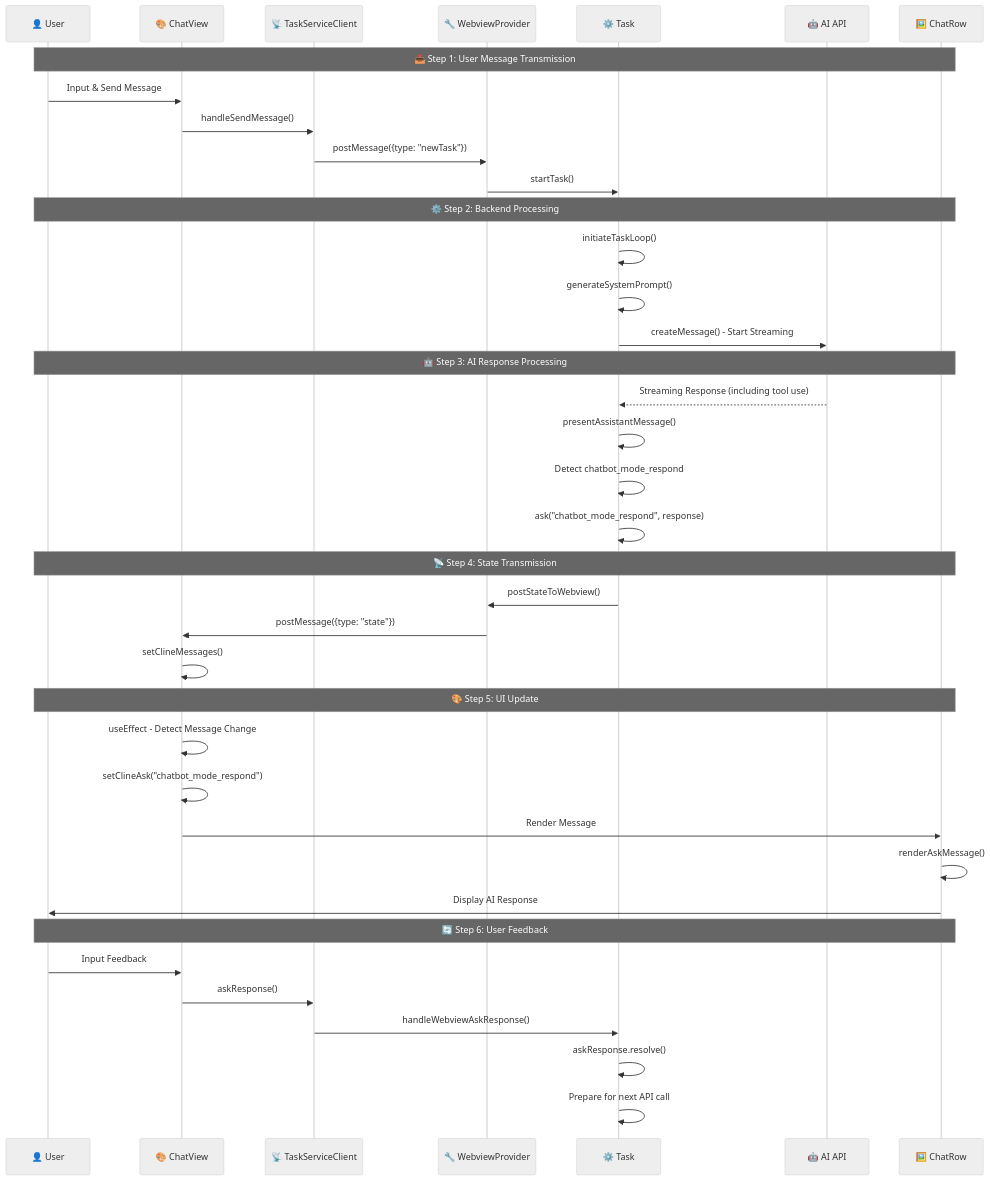
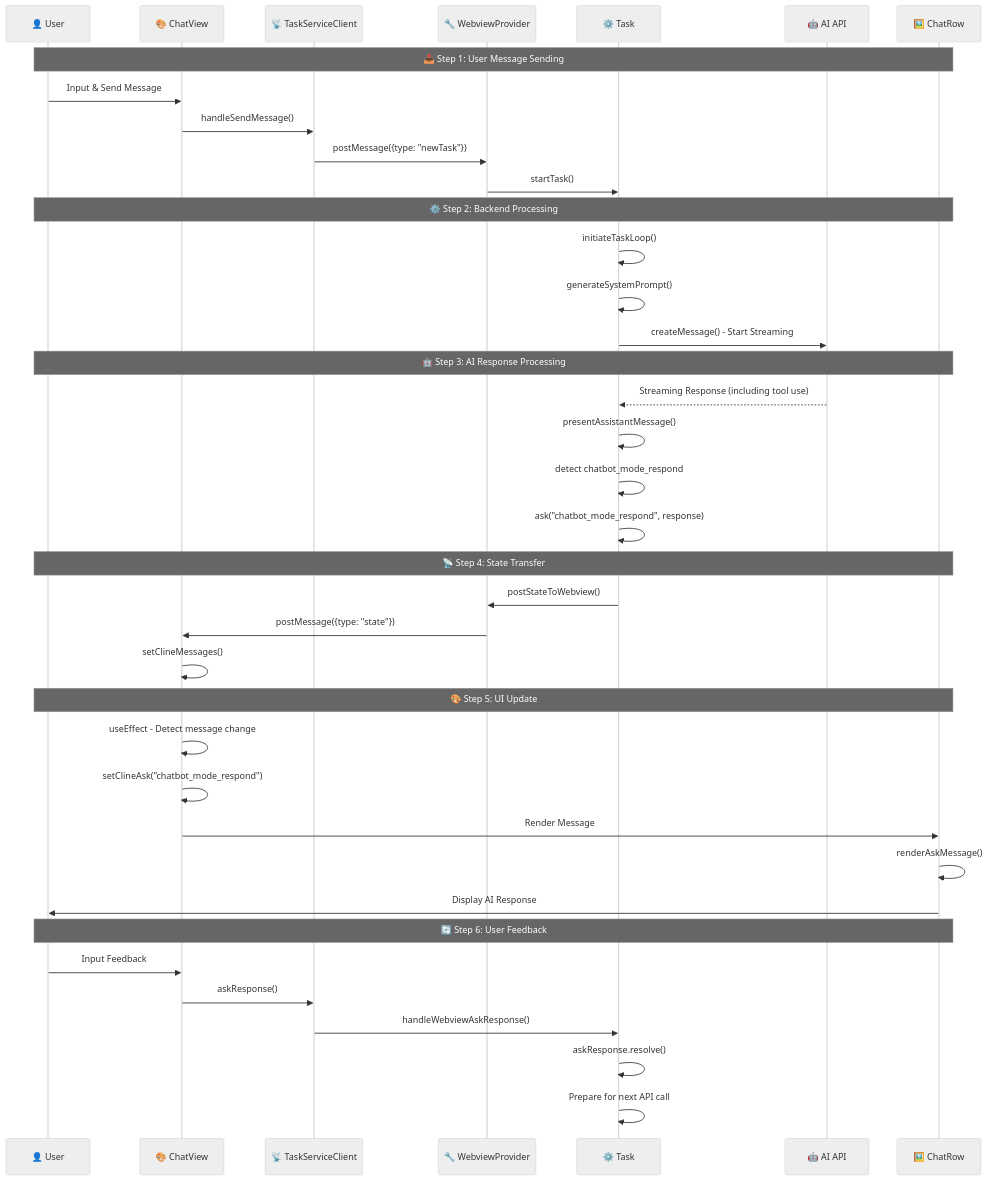
One commit to robertchoi/caret changed the second of 3 diagrams in caret-docs/development/ai-message-flow-guide.en.mdx. Above: the diagram before and after it, drawn with Mermaid (neutral theme). The commit also changed other lines of this file and 39 other files, not shown here.

````diff
--- a/caret-docs/development/ai-message-flow-guide.en.mdx
+++ b/caret-docs/development/ai-message-flow-guide.en.mdx
@@ -66,46 +66,46 @@
 ```mermaid
 sequenceDiagram
     participant User as 👤 User
     participant ChatView as 🎨 ChatView
     participant TaskClient as 📡 TaskServiceClient
     participant WebviewProvider as 🔧 WebviewProvider
     participant Task as ⚙️ Task
     participant AI as 🤖 AI API
     participant ChatRow as 🖼️ ChatRow
     
-    Note over User, ChatRow: 📤 Step 1: User Message Transmission
+    Note over User, ChatRow: 📤 Step 1: User Message Sending
     User->>ChatView: Input & Send Message
     ChatView->>TaskClient: handleSendMessage()
     TaskClient->>WebviewProvider: postMessage({type: "newTask"})
     WebviewProvider->>Task: startTask()
     
     Note over User, ChatRow: ⚙️ Step 2: Backend Processing
     Task->>Task: initiateTaskLoop()
     Task->>Task: generateSystemPrompt()
     Task->>AI: createMessage() - Start Streaming
     
     Note over User, ChatRow: 🤖 Step 3: AI Response Processing
     AI-->>Task: Streaming Response (including tool use)
     Task->>Task: presentAssistantMessage()
-    Task->>Task: Detect chatbot_mode_respond
+    Task->>Task: detect chatbot_mode_respond
     Task->>Task: ask("chatbot_mode_respond", response)
     
-    Note over User, ChatRow: 📡 Step 4: State Transmission
+    Note over User, ChatRow: 📡 Step 4: State Transfer
     Task->>WebviewProvider: postStateToWebview()
     WebviewProvider->>ChatView: postMessage({type: "state"})
     ChatView->>ChatView: setClineMessages()
     
     Note over User, ChatRow: 🎨 Step 5: UI Update
-    ChatView->>ChatView: useEffect - Detect Message Change
+    ChatView->>ChatView: useEffect - Detect message change
     ChatView->>ChatView: setClineAsk("chatbot_mode_respond")
     ChatView->>ChatRow: Render Message
     ChatRow->>ChatRow: renderAskMessage()
     ChatRow->>User: Display AI Response
     
     Note over User, ChatRow: 🔄 Step 6: User Feedback
     User->>ChatView: Input Feedback
     ChatView->>TaskClient: askResponse()
     TaskClient->>Task: handleWebviewAskResponse()
     Task->>Task: askResponse.resolve()
     Task->>Task: Prepare for next API call
 ```
````
